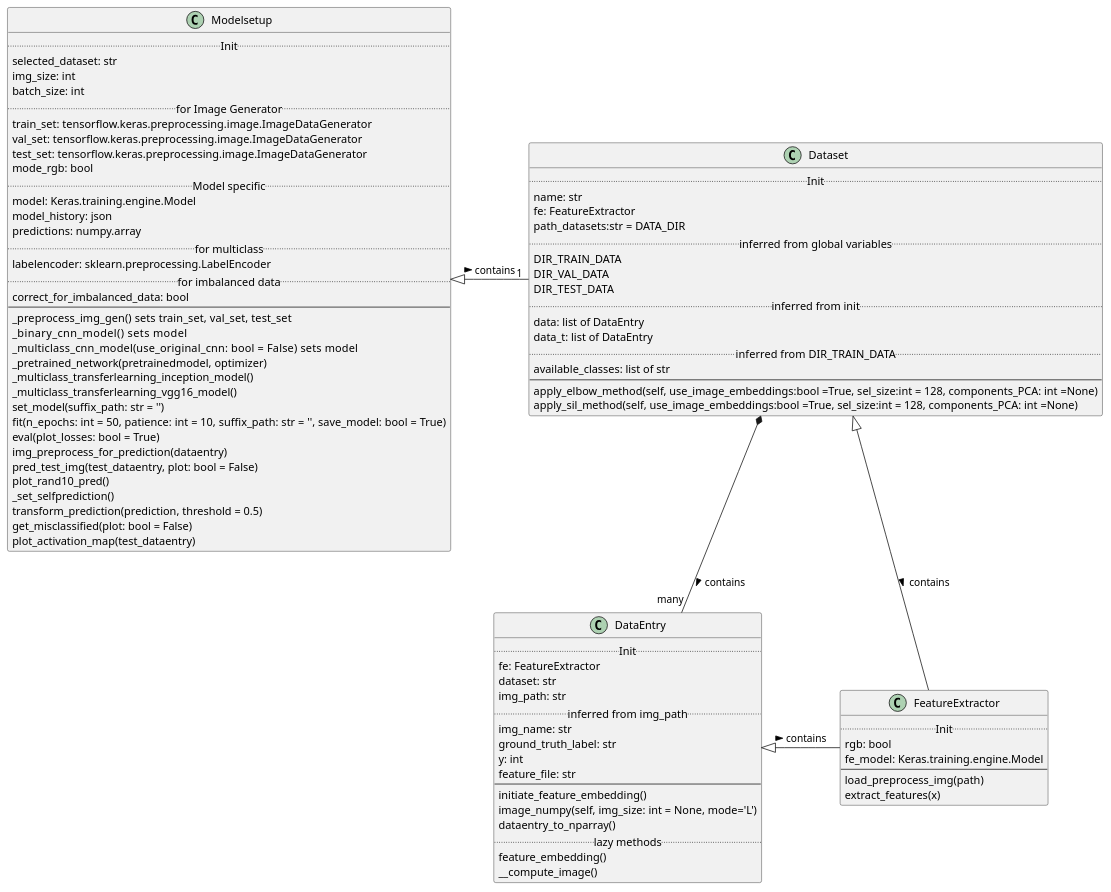
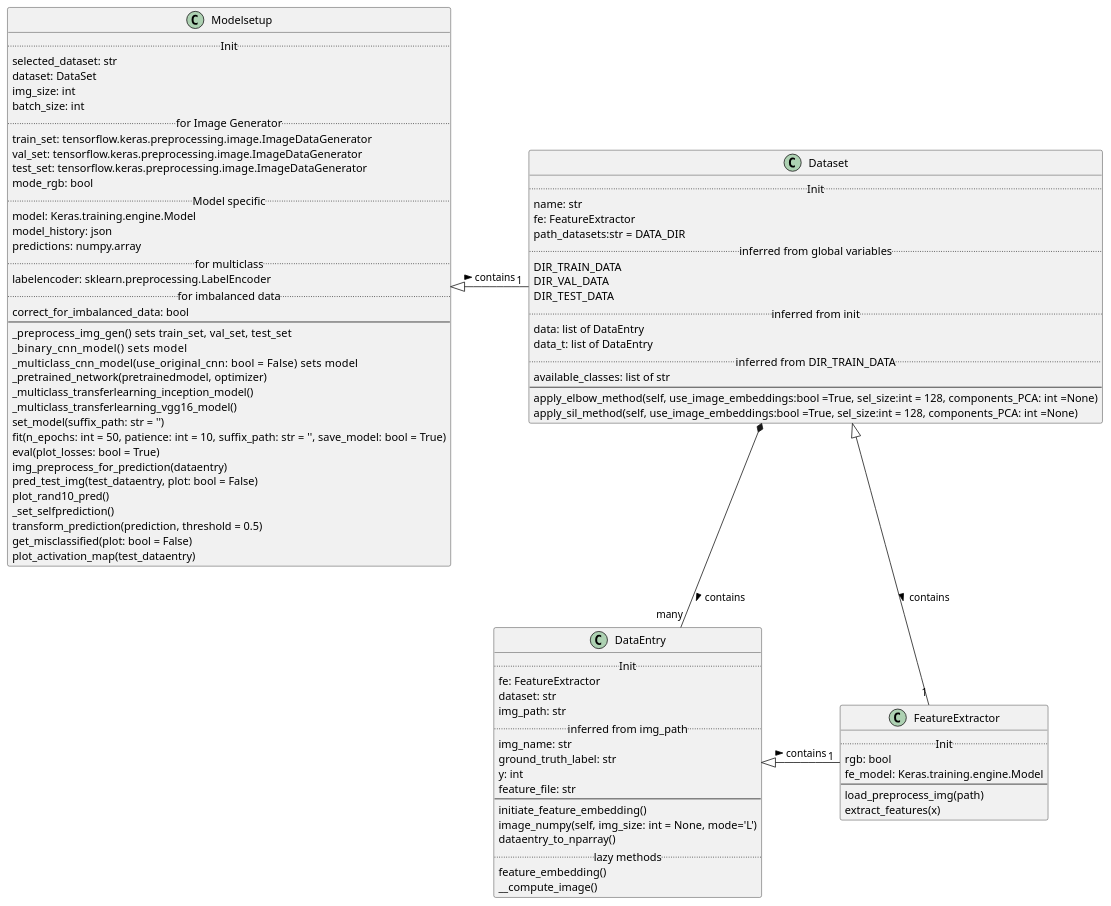
One commit to BiancaZimmer/masterthesis changed the diagram in code_mh_main/documentation/classdiagram.puml. Above: the diagram before and after it, drawn with PlantUML. The commit also changed 1 other file, not shown here.

Commit message:
some fixes on UML

```diff
--- a/code_mh_main/documentation/classdiagram.puml
+++ b/code_mh_main/documentation/classdiagram.puml
@@ -1,93 +1,94 @@
 @startuml classdiagram.png
 'https://plantuml.com/class-diagram
 
 Dataset *-- "many" DataEntry: > contains
 Modelsetup <|- "1" Dataset: > contains
-DataEntry <|- FeatureExtractor: > contains
-Dataset <|- FeatureExtractor: > contains
+DataEntry <|- "1" FeatureExtractor: > contains
+Dataset <|- "1" FeatureExtractor: > contains
 
 class DataEntry{
 .. Init ..
     fe: FeatureExtractor
     dataset: str
     img_path: str
 .. inferred from img_path ..
     img_name: str
     ground_truth_label: str
     y: int
     feature_file: str
 --
     initiate_feature_embedding()
     image_numpy(self, img_size: int = None, mode='L')
     dataentry_to_nparray()
 .. lazy methods ..
     feature_embedding()
     __compute_image()
 }
 
 class Dataset{
 .. Init ..
     name: str
     fe: FeatureExtractor
     path_datasets:str = DATA_DIR
 .. inferred from global variables ..
     DIR_TRAIN_DATA
     DIR_VAL_DATA
     DIR_TEST_DATA
 .. inferred from init ..
     data: list of DataEntry
     data_t: list of DataEntry
 .. inferred from DIR_TRAIN_DATA ..
     available_classes: list of str
 --
     apply_elbow_method(self, use_image_embeddings:bool =True, sel_size:int = 128, components_PCA: int =None)
     apply_sil_method(self, use_image_embeddings:bool =True, sel_size:int = 128, components_PCA: int =None)
 }
 
 class Modelsetup{
 .. Init ..
     selected_dataset: str
+    dataset: DataSet
     img_size: int
     batch_size: int
 .. for Image Generator ..
     train_set: tensorflow.keras.preprocessing.image.ImageDataGenerator
     val_set: tensorflow.keras.preprocessing.image.ImageDataGenerator
     test_set: tensorflow.keras.preprocessing.image.ImageDataGenerator
     mode_rgb: bool
 .. Model specific ..
     model: Keras.training.engine.Model
     model_history: json
     predictions: numpy.array
 .. for multiclass ..
     labelencoder: sklearn.preprocessing.LabelEncoder
 .. for imbalanced data ..
     correct_for_imbalanced_data: bool
 --
 _preprocess_img_gen()   sets train_set, val_set, test_set
 _binary_cnn_model()     sets model
 _multiclass_cnn_model(use_original_cnn: bool = False)     sets model
 _pretrained_network(pretrainedmodel, optimizer)
 _multiclass_transferlearning_inception_model()
 _multiclass_transferlearning_vgg16_model()
 set_model(suffix_path: str = '')
 fit(n_epochs: int = 50, patience: int = 10, suffix_path: str = '',  save_model: bool = True)
 eval(plot_losses: bool = True)
 img_preprocess_for_prediction(dataentry)
 pred_test_img(test_dataentry, plot: bool = False)
 plot_rand10_pred()
 _set_selfprediction()
 transform_prediction(prediction, threshold = 0.5)
 get_misclassified(plot: bool = False)
 plot_activation_map(test_dataentry)
 }
 
 class FeatureExtractor{
 .. Init ..
 rgb: bool
 fe_model: Keras.training.engine.Model
 --
 load_preprocess_img(path)
 extract_features(x)
 }
 
 @enduml
```
